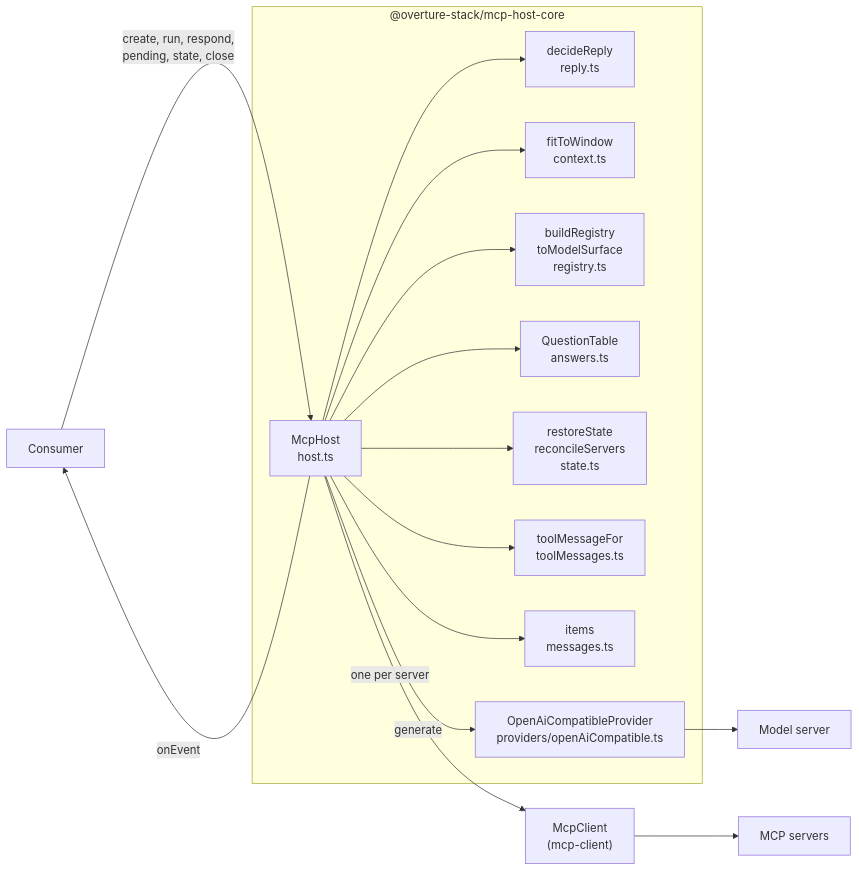
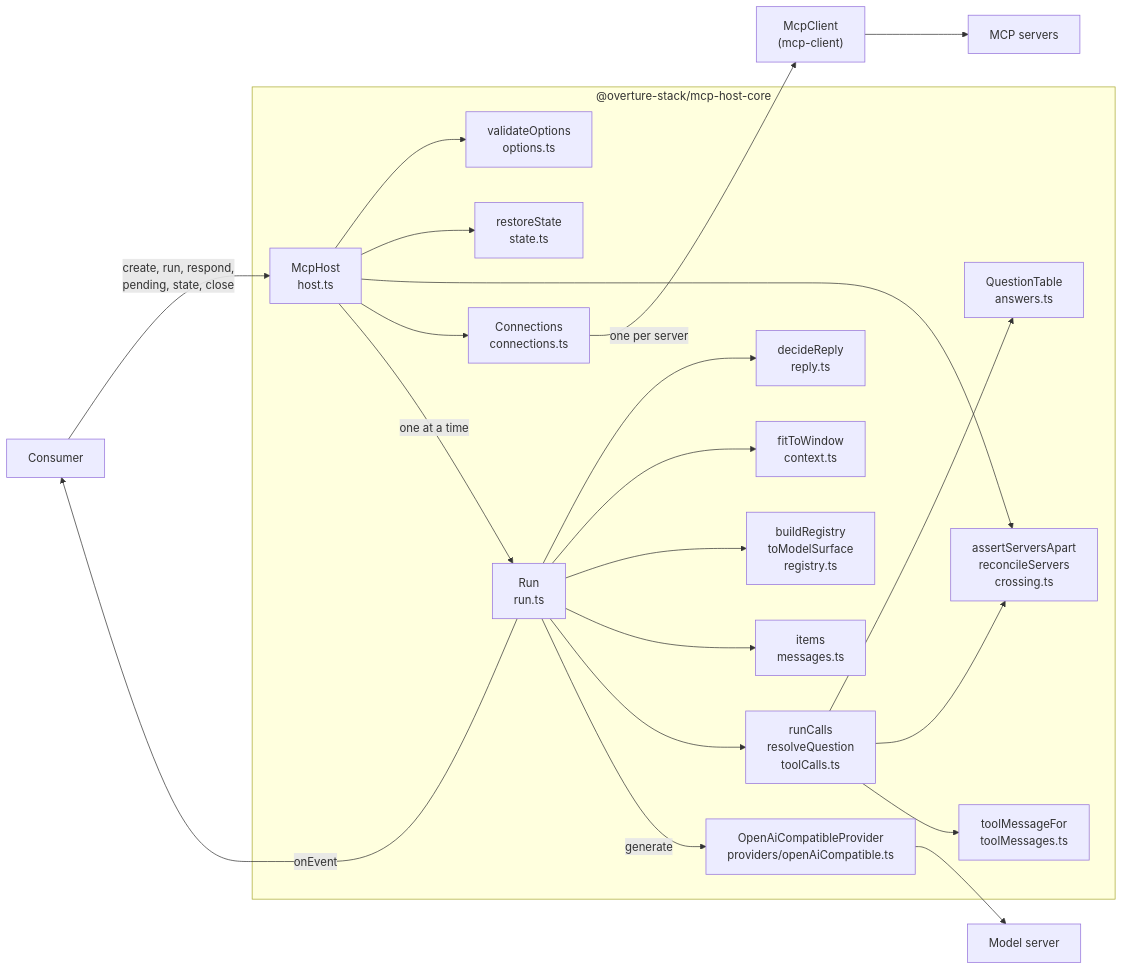
One commit to overture-stack/arranger changed the first of 7 diagrams in modules/mcp-host-core/docs/architecture.md. Above: the diagram before and after it, drawn with Mermaid. The commit also changed other lines of this file and 14 other files, not shown here.

````diff
--- a/modules/mcp-host-core/docs/architecture.md
+++ b/modules/mcp-host-core/docs/architecture.md
@@ -11,34 +11,45 @@
 ```mermaid
 flowchart LR
     consumer["Consumer"]
 
     subgraph module["@overture-stack/mcp-host-core"]
         host["McpHost<br/>host.ts"]
+        options["validateOptions<br/>options.ts"]
+        connections["Connections<br/>connections.ts"]
+        run["Run<br/>run.ts"]
+        calls["runCalls<br/>resolveQuestion<br/>toolCalls.ts"]
         reply["decideReply<br/>reply.ts"]
         context["fitToWindow<br/>context.ts"]
         registry["buildRegistry<br/>toModelSurface<br/>registry.ts"]
         answers["QuestionTable<br/>answers.ts"]
-        state["restoreState<br/>reconcileServers<br/>state.ts"]
+        state["restoreState<br/>state.ts"]
+        crossing["assertServersApart<br/>reconcileServers<br/>crossing.ts"]
         tools["toolMessageFor<br/>toolMessages.ts"]
         messages["items<br/>messages.ts"]
         provider["OpenAiCompatibleProvider<br/>providers/openAiCompatible.ts"]
     end
 
     client["McpClient<br/>(mcp-client)"]
     model["Model server"]
     servers["MCP servers"]
 
     consumer -->|"create, run, respond,<br/>pending, state, close"| host
-    host -->|"onEvent"| consumer
-    host --> reply
-    host --> context
-    host --> registry
-    host --> answers
+    run -->|"onEvent"| consumer
+    host --> options
     host --> state
-    host --> tools
-    host --> messages
-    host -->|"generate"| provider
+    host --> crossing
+    host --> connections
+    host -->|"one at a time"| run
+    run --> reply
+    run --> context
+    run --> registry
+    run --> messages
+    run --> calls
+    run -->|"generate"| provider
+    calls --> answers
+    calls --> crossing
+    calls --> tools
     provider --> model
-    host -->|"one per server"| client
+    connections -->|"one per server"| client
     client --> servers
 ```
````
